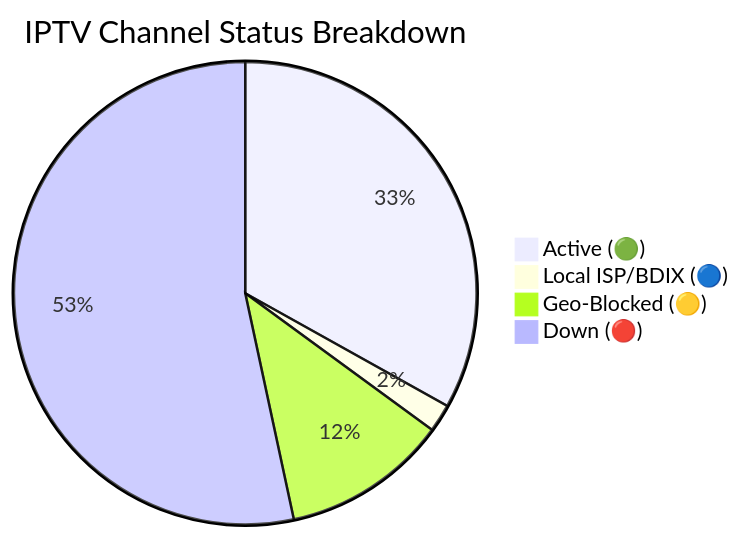
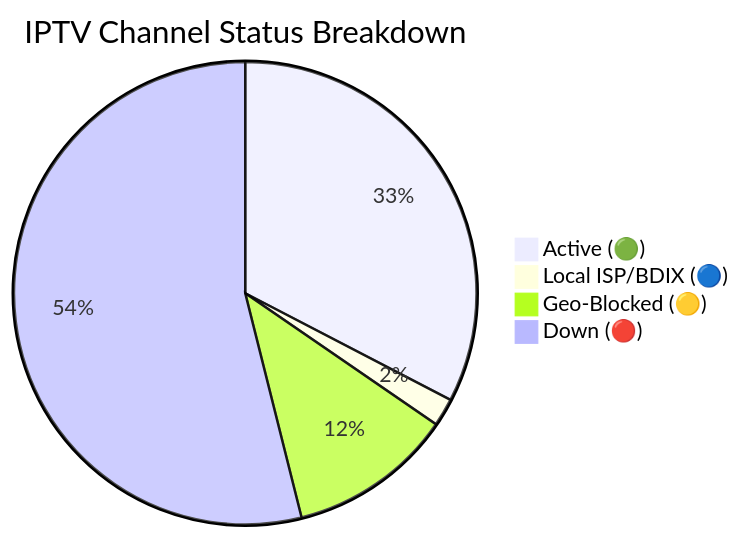
The diagram in README.md (andreataylord/Ip-tv-Collection), drawn with Mermaid before and after one commit. The commit also changed other lines of this file and 1 other file, not shown here.

Commit message:
docs(readme): auto-update daily channel status chart

````diff
--- a/README.md
+++ b/README.md
@@ -59,7 +59,7 @@
 ```mermaid
 pie title IPTV Channel Status Breakdown
-    "Active (🟢)" : 2172
+    "Active (🟢)" : 2141
     "Local ISP/BDIX (🔵)" : 128
-    "Geo-Blocked (🟡)" : 760
-    "Down (🔴)" : 3502
+    "Geo-Blocked (🟡)" : 755
+    "Down (🔴)" : 3538
 ```
````
